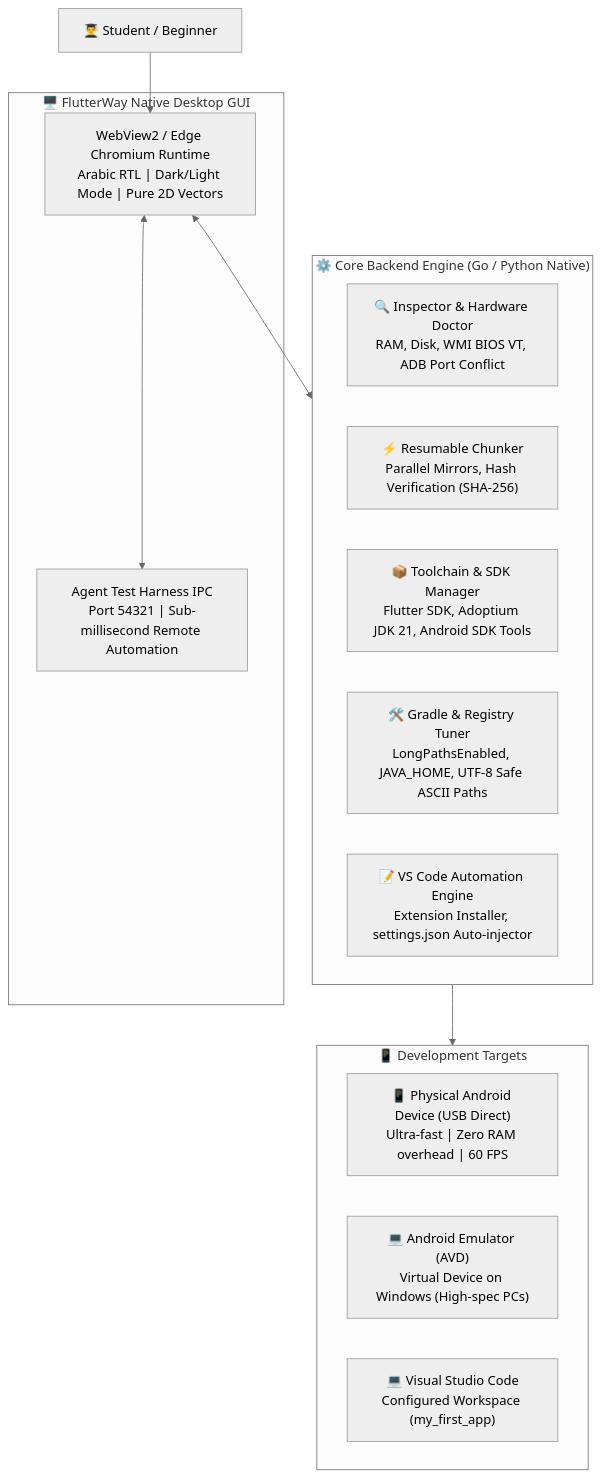
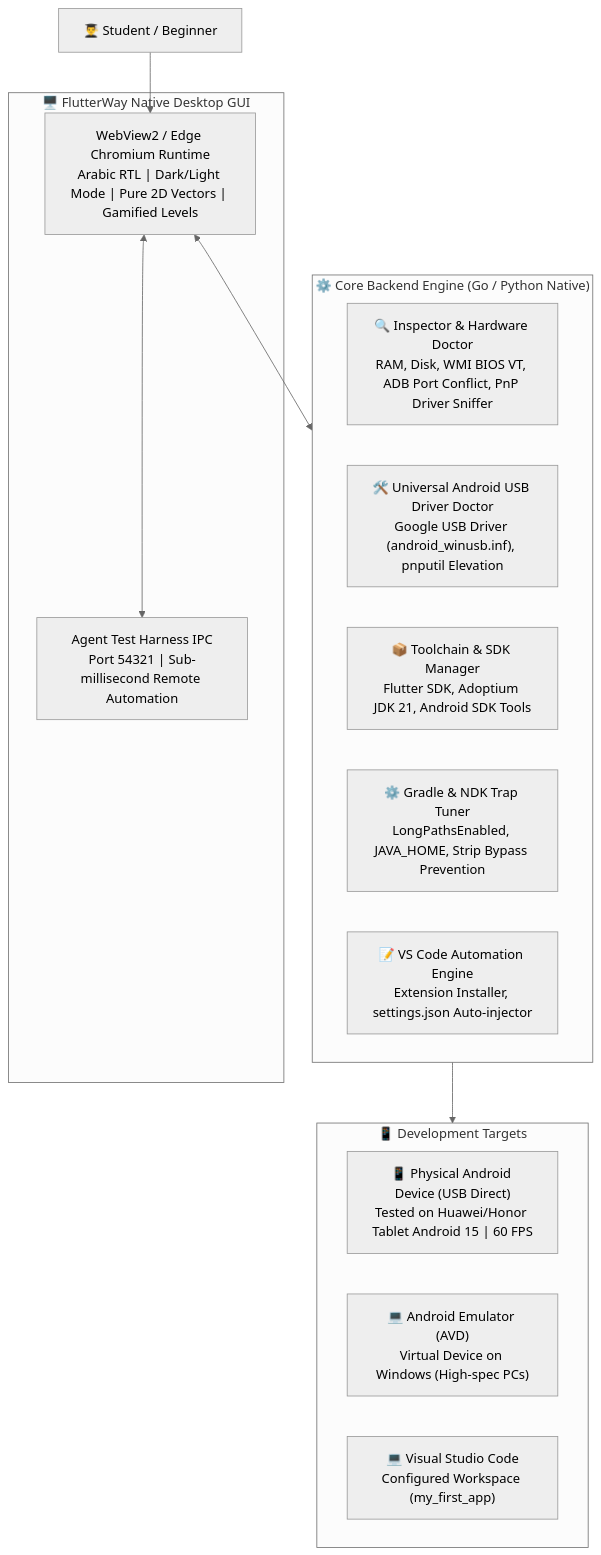
One commit to AboALhasanx/flutterway changed the diagram in README.md. Above: the diagram before and after it, drawn with Mermaid (neutral theme). The commit also changed other lines of this file and 14 other files, not shown here.

Commit message:
feat: gamified 4-level onboarding, hardware reality benchmark, universal usb driver doctor, and real-time gradle build console

````diff
--- a/README.md
+++ b/README.md
@@ -42,28 +46,28 @@
 ```mermaid
 flowchart TD
     User["👨‍🎓 Student / Beginner"]
     
     subgraph Presentation ["🖥️ FlutterWay Native Desktop GUI"]
-        Webview["WebView2 / Edge Chromium Runtime\nArabic RTL | Dark/Light Mode | Pure 2D Vectors"]
+        Webview["WebView2 / Edge Chromium Runtime\nArabic RTL | Dark/Light Mode | Pure 2D Vectors | Gamified Levels"]
         HarnessIPC["Agent Test Harness IPC\nPort 54321 | Sub-millisecond Remote Automation"]
     end
 
     subgraph CoreEngine ["⚙️ Core Backend Engine (Go / Python Native)"]
-        Inspector["🔍 Inspector & Hardware Doctor\nRAM, Disk, WMI BIOS VT, ADB Port Conflict"]
-        Downloader["⚡ Resumable Chunker\nParallel Mirrors, Hash Verification (SHA-256)"]
+        Inspector["🔍 Inspector & Hardware Doctor\nRAM, Disk, WMI BIOS VT, ADB Port Conflict, PnP Driver Sniffer"]
+        DriverDoctor["🛠️ Universal Android USB Driver Doctor\nGoogle USB Driver (android_winusb.inf), pnputil Elevation"]
         ToolchainMgr["📦 Toolchain & SDK Manager\nFlutter SDK, Adoptium JDK 21, Android SDK Tools"]
-        GradleTuner["🛠️ Gradle & Registry Tuner\nLongPathsEnabled, JAVA_HOME, UTF-8 Safe ASCII Paths"]
+        GradleTuner["⚙️ Gradle & NDK Trap Tuner\nLongPathsEnabled, JAVA_HOME, Strip Bypass Prevention"]
         VSCodeIntegrator["📝 VS Code Automation Engine\nExtension Installer, settings.json Auto-injector"]
     end
 
     subgraph Targets ["📱 Development Targets"]
-        Phone["📱 Physical Android Device (USB Direct)\nUltra-fast | Zero RAM overhead | 60 FPS"]
+        Phone["📱 Physical Android Device (USB Direct)\nTested on Huawei/Honor Tablet Android 15 | 60 FPS"]
         Emulator["💻 Android Emulator (AVD)\nVirtual Device on Windows (High-spec PCs)"]
         VSCodeIDE["💻 Visual Studio Code\nConfigured Workspace (my_first_app)"]
     end
 
     User --> Webview
     Webview <--> HarnessIPC
     Webview <--> CoreEngine
     CoreEngine --> Targets
 ```
````
